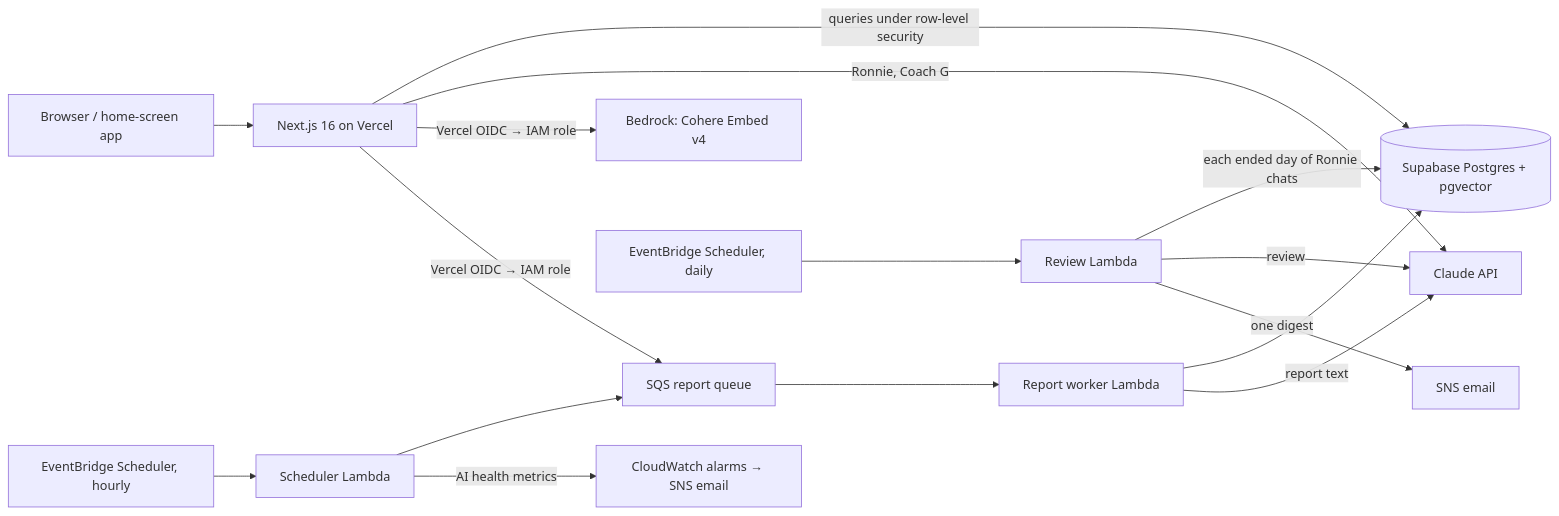
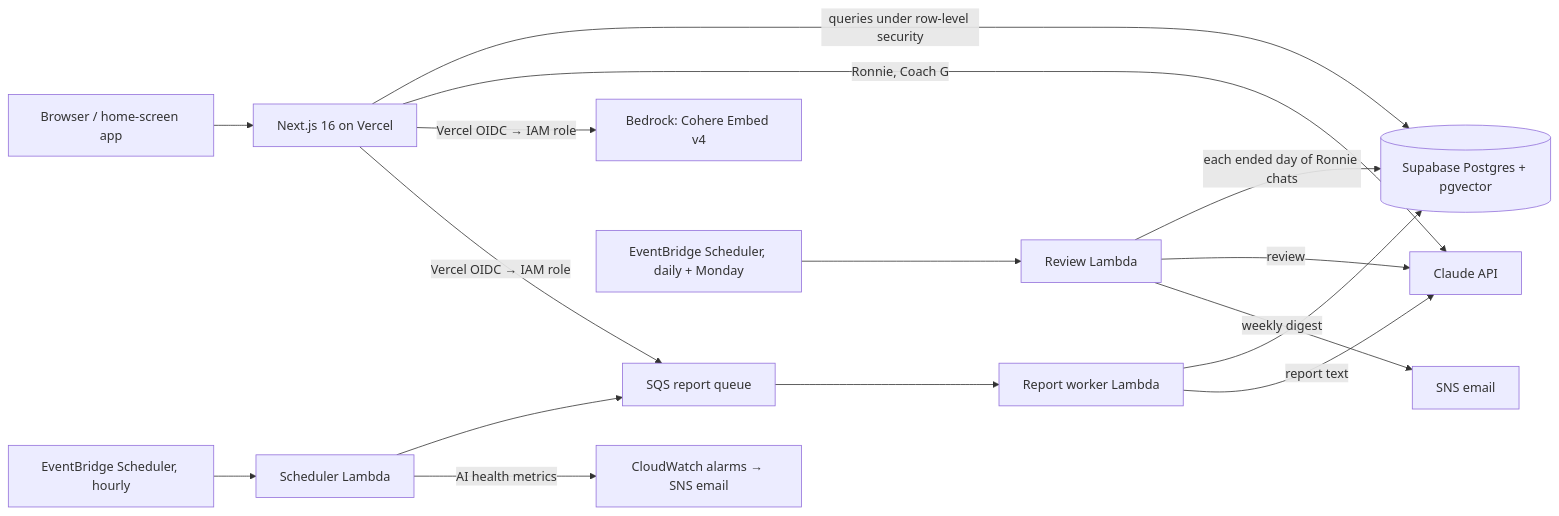
One commit to Yung-Chi-Wu/gympro changed the diagram in README.md. Above: the diagram before and after it, drawn with Mermaid. The commit also changed other lines of this file and 7 other files, not shown here.

````diff
--- a/README.md
+++ b/README.md
@@ -58,18 +58,18 @@
 ```mermaid
 flowchart LR
     user["Browser / home-screen app"] --> app["Next.js 16 on Vercel"]
     app -->|"queries under row-level security"| db[("Supabase Postgres + pgvector")]
     app -->|"Ronnie, Coach G"| claude["Claude API"]
     app -->|"Vercel OIDC → IAM role"| bedrock["Bedrock: Cohere Embed v4"]
     app -->|"Vercel OIDC → IAM role"| sqs["SQS report queue"]
     sched["EventBridge Scheduler, hourly"] --> schedfn["Scheduler Lambda"]
     schedfn --> sqs
     sqs --> worker["Report worker Lambda"]
     worker --> db
     worker -->|"report text"| claude
     schedfn -->|"AI health metrics"| cw["CloudWatch alarms → SNS email"]
-    daily["EventBridge Scheduler, daily"] --> reviewfn["Review Lambda"]
+    daily["EventBridge Scheduler, daily + Monday"] --> reviewfn["Review Lambda"]
     reviewfn -->|"each ended day of Ronnie chats"| db
     reviewfn -->|"review"| claude
-    reviewfn -->|"one digest"| mail["SNS email"]
+    reviewfn -->|"weekly digest"| mail["SNS email"]
 ```
````
